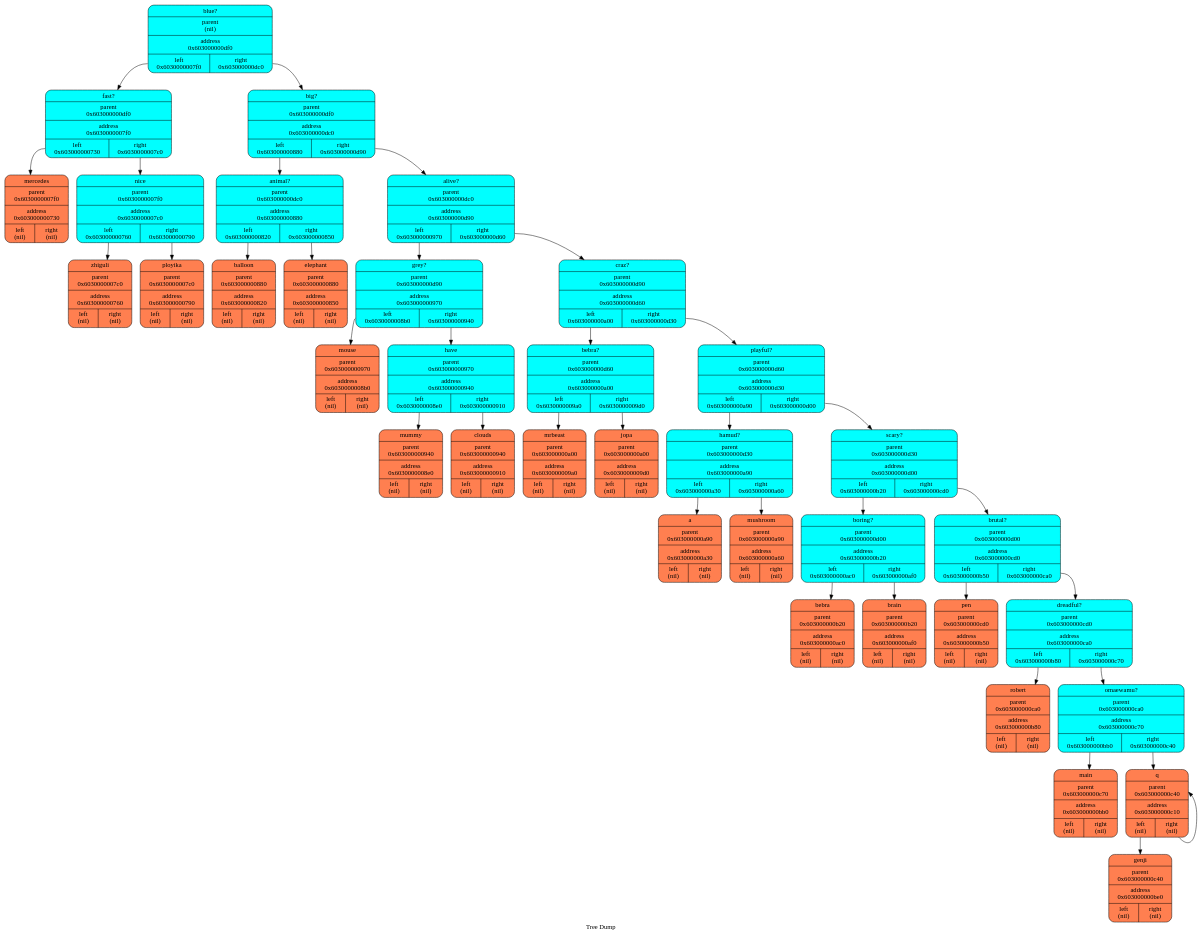
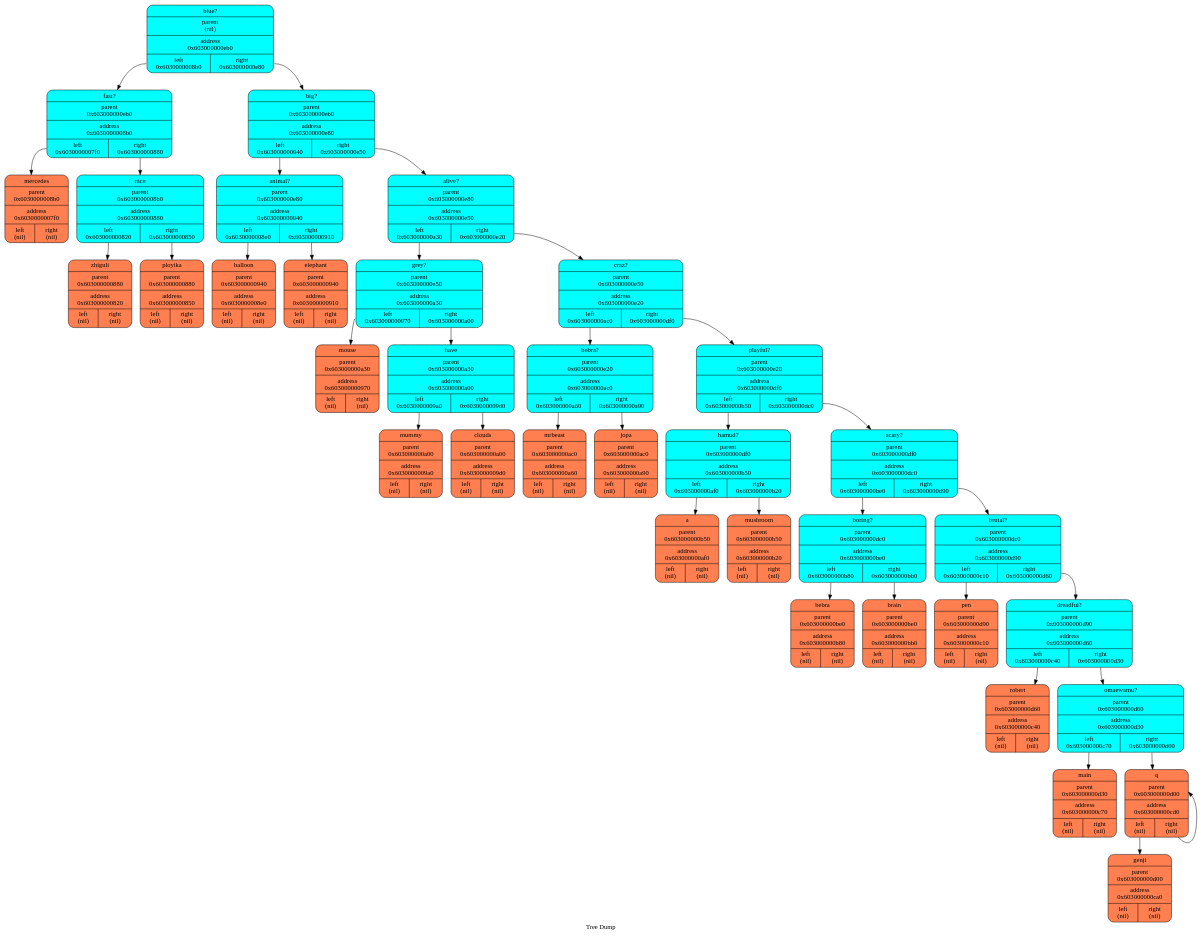
Before and after one commit to aidenfmunro/Akinator: the diagram in log/dot/treegraph_0.dot, drawn with Graphviz. The commit also changed 5 other files, not shown here.

```diff
--- a/log/dot/treegraph_0.dot
+++ b/log/dot/treegraph_0.dot
@@ -3,77 +3,77 @@
   rankdir   = "TB";
 
   label     = "Tree Dump";
- "blue?" [shape = "Mrecord", label = "{<name>blue? | parent\n(nil) | <f0> address\n0x603000000df0| {<left>left\n0x6030000007f0 | <right>right\n0x603000000dc0\n}}"];
+ "blue?" [shape = "Mrecord", label = "{<name>blue? | parent\n(nil) | <f0> address\n0x603000000eb0| {<left>left\n0x6030000008b0 | <right>right\n0x603000000e80\n}}"];
   "blue?":left->"fast?";
- "fast?" [shape = "Mrecord", label = "{<name>fast? | parent\n0x603000000df0 | <f0> address\n0x6030000007f0| {<left>left\n0x603000000730 | <right>right\n0x6030000007c0\n}}"];
+ "fast?" [shape = "Mrecord", label = "{<name>fast? | parent\n0x603000000eb0 | <f0> address\n0x6030000008b0| {<left>left\n0x6030000007f0 | <right>right\n0x603000000880\n}}"];
   "fast?":left->"mercedes";
- "mercedes" [shape = "Mrecord", fillcolor = "coral", label = "{<name>mercedes | parent\n0x6030000007f0 | <f0> address\n0x603000000730| {<left>left\n(nil) | <right>right\n(nil)\n}}"];
+ "mercedes" [shape = "Mrecord", fillcolor = "coral", label = "{<name>mercedes | parent\n0x6030000008b0 | <f0> address\n0x6030000007f0| {<left>left\n(nil) | <right>right\n(nil)\n}}"];
   "fast?":right->"nice";
- "nice" [shape = "Mrecord", label = "{<name>nice | parent\n0x6030000007f0 | <f0> address\n0x6030000007c0| {<left>left\n0x603000000760 | <right>right\n0x603000000790\n}}"];
+ "nice" [shape = "Mrecord", label = "{<name>nice | parent\n0x6030000008b0 | <f0> address\n0x603000000880| {<left>left\n0x603000000820 | <right>right\n0x603000000850\n}}"];
   "nice":left->"zhiguli";
- "zhiguli" [shape = "Mrecord", fillcolor = "coral", label = "{<name>zhiguli | parent\n0x6030000007c0 | <f0> address\n0x603000000760| {<left>left\n(nil) | <right>right\n(nil)\n}}"];
+ "zhiguli" [shape = "Mrecord", fillcolor = "coral", label = "{<name>zhiguli | parent\n0x603000000880 | <f0> address\n0x603000000820| {<left>left\n(nil) | <right>right\n(nil)\n}}"];
   "nice":right->"ployika";
- "ployika" [shape = "Mrecord", fillcolor = "coral", label = "{<name>ployika | parent\n0x6030000007c0 | <f0> address\n0x603000000790| {<left>left\n(nil) | <right>right\n(nil)\n}}"];
+ "ployika" [shape = "Mrecord", fillcolor = "coral", label = "{<name>ployika | parent\n0x603000000880 | <f0> address\n0x603000000850| {<left>left\n(nil) | <right>right\n(nil)\n}}"];
   "blue?":right->"big?";
- "big?" [shape = "Mrecord", label = "{<name>big? | parent\n0x603000000df0 | <f0> address\n0x603000000dc0| {<left>left\n0x603000000880 | <right>right\n0x603000000d90\n}}"];
+ "big?" [shape = "Mrecord", label = "{<name>big? | parent\n0x603000000eb0 | <f0> address\n0x603000000e80| {<left>left\n0x603000000940 | <right>right\n0x603000000e50\n}}"];
   "big?":left->"animal?";
- "animal?" [shape = "Mrecord", label = "{<name>animal? | parent\n0x603000000dc0 | <f0> address\n0x603000000880| {<left>left\n0x603000000820 | <right>right\n0x603000000850\n}}"];
+ "animal?" [shape = "Mrecord", label = "{<name>animal? | parent\n0x603000000e80 | <f0> address\n0x603000000940| {<left>left\n0x6030000008e0 | <right>right\n0x603000000910\n}}"];
   "animal?":left->"balloon";
- "balloon" [shape = "Mrecord", fillcolor = "coral", label = "{<name>balloon | parent\n0x603000000880 | <f0> address\n0x603000000820| {<left>left\n(nil) | <right>right\n(nil)\n}}"];
+ "balloon" [shape = "Mrecord", fillcolor = "coral", label = "{<name>balloon | parent\n0x603000000940 | <f0> address\n0x6030000008e0| {<left>left\n(nil) | <right>right\n(nil)\n}}"];
   "animal?":right->"elephant";
- "elephant" [shape = "Mrecord", fillcolor = "coral", label = "{<name>elephant | parent\n0x603000000880 | <f0> address\n0x603000000850| {<left>left\n(nil) | <right>right\n(nil)\n}}"];
+ "elephant" [shape = "Mrecord", fillcolor = "coral", label = "{<name>elephant | parent\n0x603000000940 | <f0> address\n0x603000000910| {<left>left\n(nil) | <right>right\n(nil)\n}}"];
   "big?":right->"alive?";
- "alive?" [shape = "Mrecord", label = "{<name>alive? | parent\n0x603000000dc0 | <f0> address\n0x603000000d90| {<left>left\n0x603000000970 | <right>right\n0x603000000d60\n}}"];
+ "alive?" [shape = "Mrecord", label = "{<name>alive? | parent\n0x603000000e80 | <f0> address\n0x603000000e50| {<left>left\n0x603000000a30 | <right>right\n0x603000000e20\n}}"];
   "alive?":left->"grey?";
- "grey?" [shape = "Mrecord", label = "{<name>grey? | parent\n0x603000000d90 | <f0> address\n0x603000000970| {<left>left\n0x6030000008b0 | <right>right\n0x603000000940\n}}"];
+ "grey?" [shape = "Mrecord", label = "{<name>grey? | parent\n0x603000000e50 | <f0> address\n0x603000000a30| {<left>left\n0x603000000970 | <right>right\n0x603000000a00\n}}"];
   "grey?":left->"mouse";
- "mouse" [shape = "Mrecord", fillcolor = "coral", label = "{<name>mouse | parent\n0x603000000970 | <f0> address\n0x6030000008b0| {<left>left\n(nil) | <right>right\n(nil)\n}}"];
+ "mouse" [shape = "Mrecord", fillcolor = "coral", label = "{<name>mouse | parent\n0x603000000a30 | <f0> address\n0x603000000970| {<left>left\n(nil) | <right>right\n(nil)\n}}"];
   "grey?":right->"have";
- "have" [shape = "Mrecord", label = "{<name>have | parent\n0x603000000970 | <f0> address\n0x603000000940| {<left>left\n0x6030000008e0 | <right>right\n0x603000000910\n}}"];
+ "have" [shape = "Mrecord", label = "{<name>have | parent\n0x603000000a30 | <f0> address\n0x603000000a00| {<left>left\n0x6030000009a0 | <right>right\n0x6030000009d0\n}}"];
   "have":left->"mummy";
- "mummy" [shape = "Mrecord", fillcolor = "coral", label = "{<name>mummy | parent\n0x603000000940 | <f0> address\n0x6030000008e0| {<left>left\n(nil) | <right>right\n(nil)\n}}"];
+ "mummy" [shape = "Mrecord", fillcolor = "coral", label = "{<name>mummy | parent\n0x603000000a00 | <f0> address\n0x6030000009a0| {<left>left\n(nil) | <right>right\n(nil)\n}}"];
   "have":right->"clouds";
- "clouds" [shape = "Mrecord", fillcolor = "coral", label = "{<name>clouds | parent\n0x603000000940 | <f0> address\n0x603000000910| {<left>left\n(nil) | <right>right\n(nil)\n}}"];
+ "clouds" [shape = "Mrecord", fillcolor = "coral", label = "{<name>clouds | parent\n0x603000000a00 | <f0> address\n0x6030000009d0| {<left>left\n(nil) | <right>right\n(nil)\n}}"];
   "alive?":right->"craz?";
- "craz?" [shape = "Mrecord", label = "{<name>craz? | parent\n0x603000000d90 | <f0> address\n0x603000000d60| {<left>left\n0x603000000a00 | <right>right\n0x603000000d30\n}}"];
+ "craz?" [shape = "Mrecord", label = "{<name>craz? | parent\n0x603000000e50 | <f0> address\n0x603000000e20| {<left>left\n0x603000000ac0 | <right>right\n0x603000000df0\n}}"];
   "craz?":left->"bebra?";
- "bebra?" [shape = "Mrecord", label = "{<name>bebra? | parent\n0x603000000d60 | <f0> address\n0x603000000a00| {<left>left\n0x6030000009a0 | <right>right\n0x6030000009d0\n}}"];
+ "bebra?" [shape = "Mrecord", label = "{<name>bebra? | parent\n0x603000000e20 | <f0> address\n0x603000000ac0| {<left>left\n0x603000000a60 | <right>right\n0x603000000a90\n}}"];
   "bebra?":left->"mrbeast";
- "mrbeast" [shape = "Mrecord", fillcolor = "coral", label = "{<name>mrbeast | parent\n0x603000000a00 | <f0> address\n0x6030000009a0| {<left>left\n(nil) | <right>right\n(nil)\n}}"];
+ "mrbeast" [shape = "Mrecord", fillcolor = "coral", label = "{<name>mrbeast | parent\n0x603000000ac0 | <f0> address\n0x603000000a60| {<left>left\n(nil) | <right>right\n(nil)\n}}"];
   "bebra?":right->"jopa";
- "jopa" [shape = "Mrecord", fillcolor = "coral", label = "{<name>jopa | parent\n0x603000000a00 | <f0> address\n0x6030000009d0| {<left>left\n(nil) | <right>right\n(nil)\n}}"];
+ "jopa" [shape = "Mrecord", fillcolor = "coral", label = "{<name>jopa | parent\n0x603000000ac0 | <f0> address\n0x603000000a90| {<left>left\n(nil) | <right>right\n(nil)\n}}"];
   "craz?":right->"playful?";
- "playful?" [shape = "Mrecord", label = "{<name>playful? | parent\n0x603000000d60 | <f0> address\n0x603000000d30| {<left>left\n0x603000000a90 | <right>right\n0x603000000d00\n}}"];
+ "playful?" [shape = "Mrecord", label = "{<name>playful? | parent\n0x603000000e20 | <f0> address\n0x603000000df0| {<left>left\n0x603000000b50 | <right>right\n0x603000000dc0\n}}"];
   "playful?":left->"hamud?";
- "hamud?" [shape = "Mrecord", label = "{<name>hamud? | parent\n0x603000000d30 | <f0> address\n0x603000000a90| {<left>left\n0x603000000a30 | <right>right\n0x603000000a60\n}}"];
+ "hamud?" [shape = "Mrecord", label = "{<name>hamud? | parent\n0x603000000df0 | <f0> address\n0x603000000b50| {<left>left\n0x603000000af0 | <right>right\n0x603000000b20\n}}"];
   "hamud?":left->"a";
- "a" [shape = "Mrecord", fillcolor = "coral", label = "{<name>a | parent\n0x603000000a90 | <f0> address\n0x603000000a30| {<left>left\n(nil) | <right>right\n(nil)\n}}"];
+ "a" [shape = "Mrecord", fillcolor = "coral", label = "{<name>a | parent\n0x603000000b50 | <f0> address\n0x603000000af0| {<left>left\n(nil) | <right>right\n(nil)\n}}"];
   "hamud?":right->"mushroom";
- "mushroom" [shape = "Mrecord", fillcolor = "coral", label = "{<name>mushroom | parent\n0x603000000a90 | <f0> address\n0x603000000a60| {<left>left\n(nil) | <right>right\n(nil)\n}}"];
+ "mushroom" [shape = "Mrecord", fillcolor = "coral", label = "{<name>mushroom | parent\n0x603000000b50 | <f0> address\n0x603000000b20| {<left>left\n(nil) | <right>right\n(nil)\n}}"];
   "playful?":right->"scary?";
- "scary?" [shape = "Mrecord", label = "{<name>scary? | parent\n0x603000000d30 | <f0> address\n0x603000000d00| {<left>left\n0x603000000b20 | <right>right\n0x603000000cd0\n}}"];
+ "scary?" [shape = "Mrecord", label = "{<name>scary? | parent\n0x603000000df0 | <f0> address\n0x603000000dc0| {<left>left\n0x603000000be0 | <right>right\n0x603000000d90\n}}"];
   "scary?":left->"boring?";
- "boring?" [shape = "Mrecord", label = "{<name>boring? | parent\n0x603000000d00 | <f0> address\n0x603000000b20| {<left>left\n0x603000000ac0 | <right>right\n0x603000000af0\n}}"];
+ "boring?" [shape = "Mrecord", label = "{<name>boring? | parent\n0x603000000dc0 | <f0> address\n0x603000000be0| {<left>left\n0x603000000b80 | <right>right\n0x603000000bb0\n}}"];
   "boring?":left->"bebra";
- "bebra" [shape = "Mrecord", fillcolor = "coral", label = "{<name>bebra | parent\n0x603000000b20 | <f0> address\n0x603000000ac0| {<left>left\n(nil) | <right>right\n(nil)\n}}"];
+ "bebra" [shape = "Mrecord", fillcolor = "coral", label = "{<name>bebra | parent\n0x603000000be0 | <f0> address\n0x603000000b80| {<left>left\n(nil) | <right>right\n(nil)\n}}"];
   "boring?":right->"brain";
- "brain" [shape = "Mrecord", fillcolor = "coral", label = "{<name>brain | parent\n0x603000000b20 | <f0> address\n0x603000000af0| {<left>left\n(nil) | <right>right\n(nil)\n}}"];
+ "brain" [shape = "Mrecord", fillcolor = "coral", label = "{<name>brain | parent\n0x603000000be0 | <f0> address\n0x603000000bb0| {<left>left\n(nil) | <right>right\n(nil)\n}}"];
   "scary?":right->"brutal?";
- "brutal?" [shape = "Mrecord", label = "{<name>brutal? | parent\n0x603000000d00 | <f0> address\n0x603000000cd0| {<left>left\n0x603000000b50 | <right>right\n0x603000000ca0\n}}"];
+ "brutal?" [shape = "Mrecord", label = "{<name>brutal? | parent\n0x603000000dc0 | <f0> address\n0x603000000d90| {<left>left\n0x603000000c10 | <right>right\n0x603000000d60\n}}"];
   "brutal?":left->"pen";
- "pen" [shape = "Mrecord", fillcolor = "coral", label = "{<name>pen | parent\n0x603000000cd0 | <f0> address\n0x603000000b50| {<left>left\n(nil) | <right>right\n(nil)\n}}"];
+ "pen" [shape = "Mrecord", fillcolor = "coral", label = "{<name>pen | parent\n0x603000000d90 | <f0> address\n0x603000000c10| {<left>left\n(nil) | <right>right\n(nil)\n}}"];
   "brutal?":right->"dreadful?";
- "dreadful?" [shape = "Mrecord", label = "{<name>dreadful? | parent\n0x603000000cd0 | <f0> address\n0x603000000ca0| {<left>left\n0x603000000b80 | <right>right\n0x603000000c70\n}}"];
+ "dreadful?" [shape = "Mrecord", label = "{<name>dreadful? | parent\n0x603000000d90 | <f0> address\n0x603000000d60| {<left>left\n0x603000000c40 | <right>right\n0x603000000d30\n}}"];
   "dreadful?":left->"robert";
- "robert" [shape = "Mrecord", fillcolor = "coral", label = "{<name>robert | parent\n0x603000000ca0 | <f0> address\n0x603000000b80| {<left>left\n(nil) | <right>right\n(nil)\n}}"];
+ "robert" [shape = "Mrecord", fillcolor = "coral", label = "{<name>robert | parent\n0x603000000d60 | <f0> address\n0x603000000c40| {<left>left\n(nil) | <right>right\n(nil)\n}}"];
   "dreadful?":right->"omaewamu?";
- "omaewamu?" [shape = "Mrecord", label = "{<name>omaewamu? | parent\n0x603000000ca0 | <f0> address\n0x603000000c70| {<left>left\n0x603000000bb0 | <right>right\n0x603000000c40\n}}"];
+ "omaewamu?" [shape = "Mrecord", label = "{<name>omaewamu? | parent\n0x603000000d60 | <f0> address\n0x603000000d30| {<left>left\n0x603000000c70 | <right>right\n0x603000000d00\n}}"];
   "omaewamu?":left->"main";
- "main" [shape = "Mrecord", fillcolor = "coral", label = "{<name>main | parent\n0x603000000c70 | <f0> address\n0x603000000bb0| {<left>left\n(nil) | <right>right\n(nil)\n}}"];
+ "main" [shape = "Mrecord", fillcolor = "coral", label = "{<name>main | parent\n0x603000000d30 | <f0> address\n0x603000000c70| {<left>left\n(nil) | <right>right\n(nil)\n}}"];
   "omaewamu?":right->"q";
- "q" [shape = "Mrecord", label = "{<name>q | parent\n0x603000000c70 | <f0> address\n0x603000000c40| {<left>left\n0x603000000be0 | <right>right\n0x603000000c10\n}}"];
+ "q" [shape = "Mrecord", label = "{<name>q | parent\n0x603000000d30 | <f0> address\n0x603000000d00| {<left>left\n0x603000000ca0 | <right>right\n0x603000000cd0\n}}"];
   "q":left->"genji";
- "genji" [shape = "Mrecord", fillcolor = "coral", label = "{<name>genji | parent\n0x603000000c40 | <f0> address\n0x603000000be0| {<left>left\n(nil) | <right>right\n(nil)\n}}"];
+ "genji" [shape = "Mrecord", fillcolor = "coral", label = "{<name>genji | parent\n0x603000000d00 | <f0> address\n0x603000000ca0| {<left>left\n(nil) | <right>right\n(nil)\n}}"];
   "q":right->"q";
- "q" [shape = "Mrecord", fillcolor = "coral", label = "{<name>q | parent\n0x603000000c40 | <f0> address\n0x603000000c10| {<left>left\n(nil) | <right>right\n(nil)\n}}"];
+ "q" [shape = "Mrecord", fillcolor = "coral", label = "{<name>q | parent\n0x603000000d00 | <f0> address\n0x603000000cd0| {<left>left\n(nil) | <right>right\n(nil)\n}}"];
   }
```
